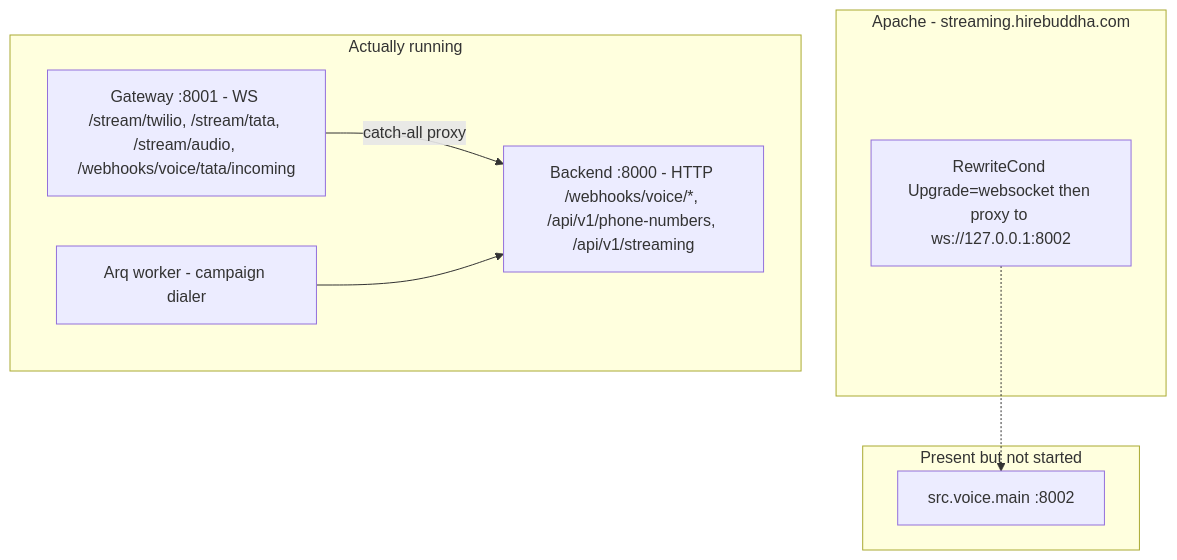
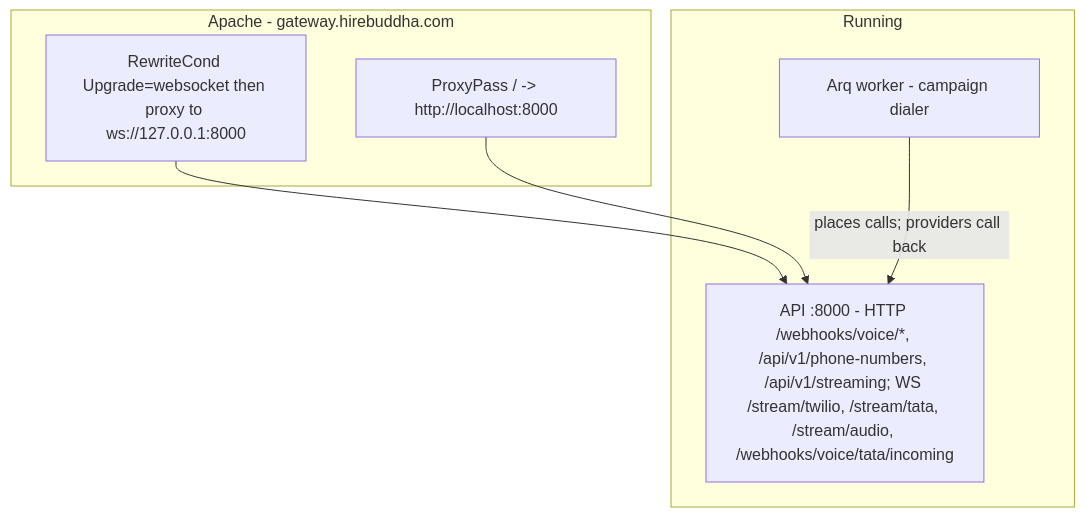
Before and after one commit to gondolerahul/hire-buddha-app: the second of 33 diagrams in docs/current/12-voice-and-telephony.md, drawn with Mermaid. The commit also changed other lines of this file and 61 other files, not shown here.

````diff
--- a/docs/current/12-voice-and-telephony.md
+++ b/docs/current/12-voice-and-telephony.md
@@ -117,18 +117,15 @@
 ```mermaid
 graph TB
-    subgraph Edge["Apache - streaming.hirebuddha.com"]
-        RW["RewriteCond Upgrade=websocket then proxy to ws://127.0.0.1:8002"]
+    subgraph Edge["Apache - gateway.hirebuddha.com"]
+        RW["RewriteCond Upgrade=websocket then proxy to ws://127.0.0.1:8000"]
+        PP["ProxyPass / -> http://localhost:8000"]
     end
-    subgraph Live["Actually running"]
-        G["Gateway :8001 - WS /stream/twilio, /stream/tata, /stream/audio, /webhooks/voice/tata/incoming"]
-        B["Backend :8000 - HTTP /webhooks/voice/*, /api/v1/phone-numbers, /api/v1/streaming"]
+    subgraph Live["Running"]
+        A["API :8000 - HTTP /webhooks/voice/*, /api/v1/phone-numbers, /api/v1/streaming; WS /stream/twilio, /stream/tata, /stream/audio, /webhooks/voice/tata/incoming"]
         W["Arq worker - campaign dialer"]
     end
-    subgraph Dead["Present but not started"]
-        V["src.voice.main :8002"]
-    end
 
-    RW -.-> V
-    G -->|"catch-all proxy"| B
-    W --> B
+    RW --> A
+    PP --> A
+    W -->|"places calls; providers call back"| A
 ```
````
